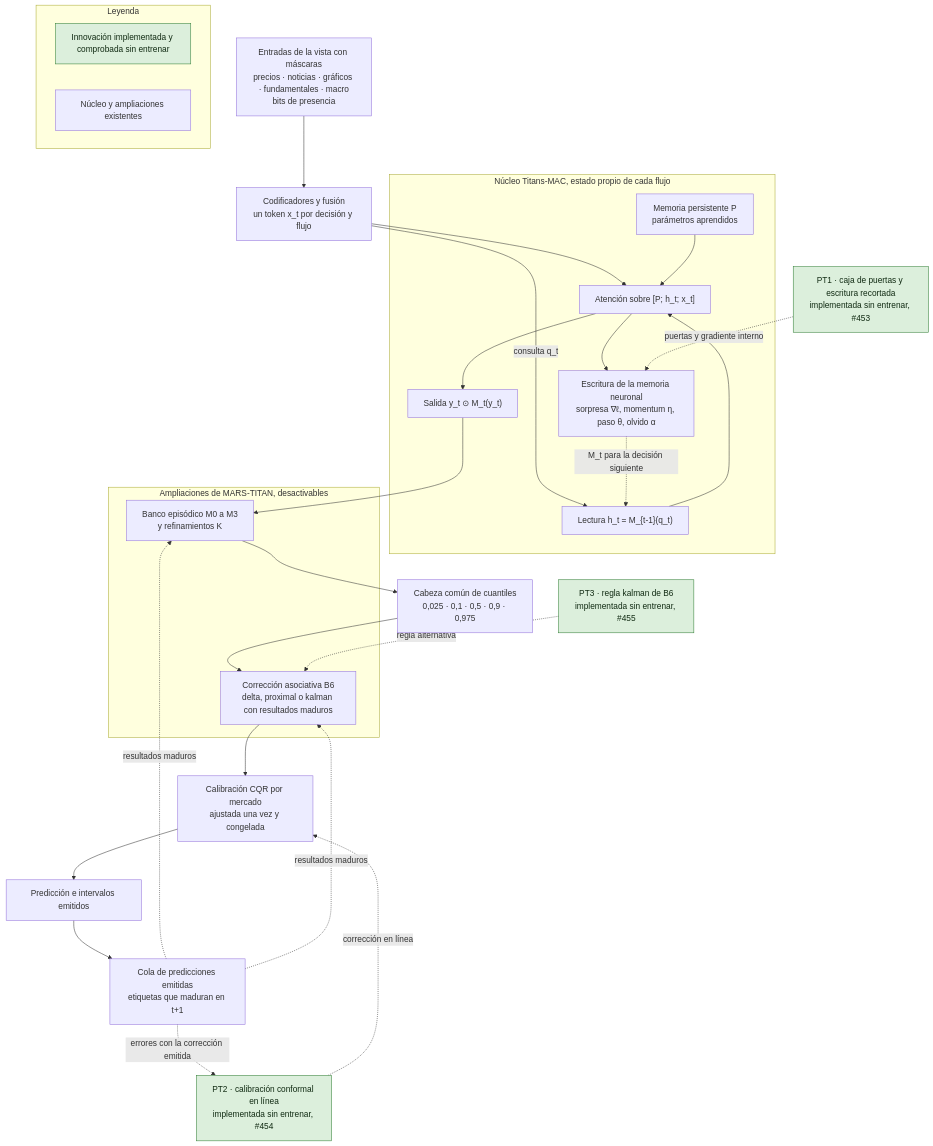
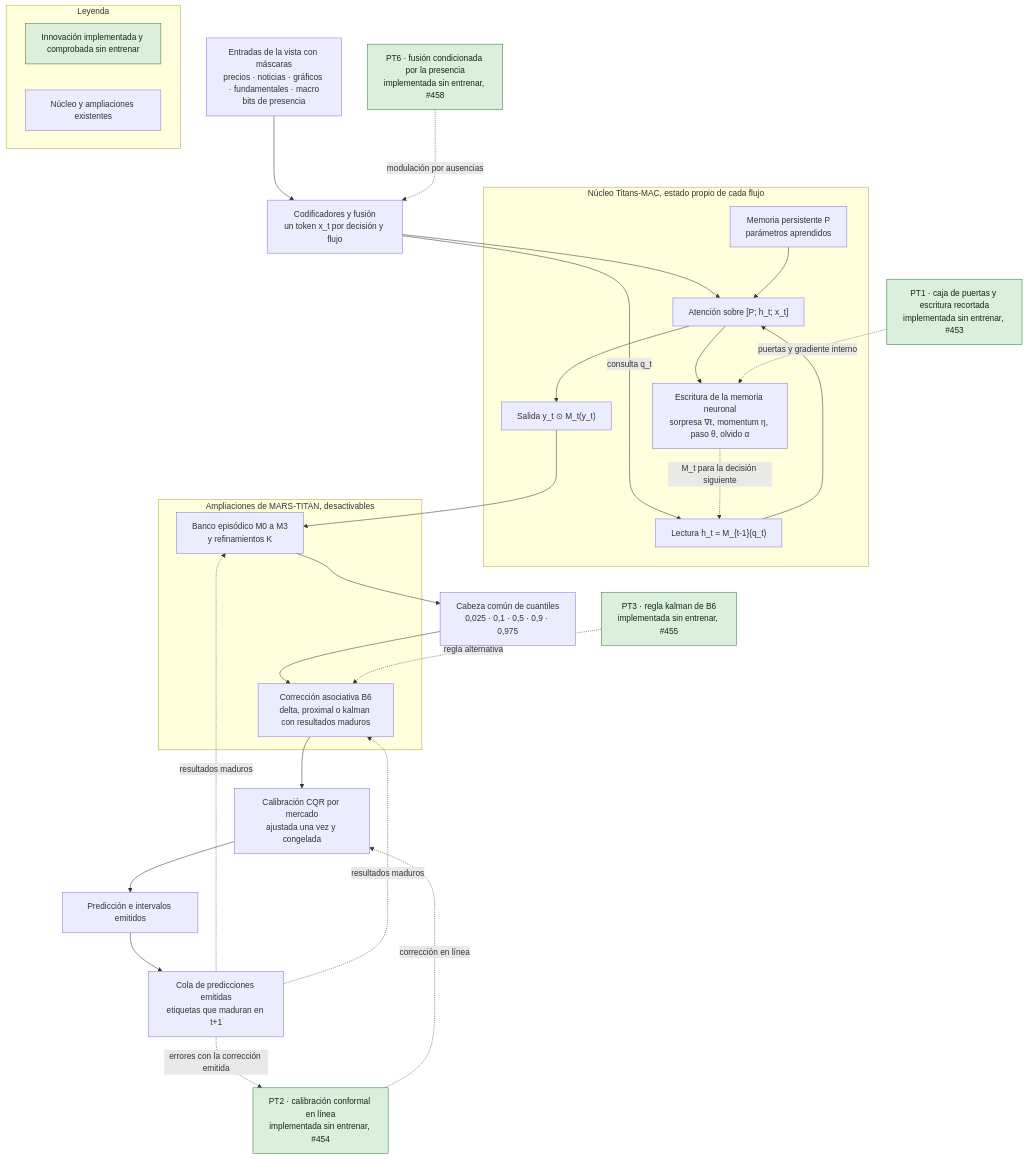
Before and after one commit to GonxKZ/mars-titan: the diagram in docs/research/titans-mac-architecture.md, drawn with Mermaid. The commit also changed other lines of this file and 2 other files, not shown here.

````diff
--- a/docs/research/titans-mac-architecture.md
+++ b/docs/research/titans-mac-architecture.md
@@ -267,54 +267,56 @@
 ```mermaid
 flowchart TD
     IN["Entradas de la vista con máscaras<br/>precios · noticias · gráficos · fundamentales · macro<br/>bits de presencia"]
     ENC["Codificadores y fusión<br/>un token x_t por decisión y flujo"]
 
     subgraph MAC["Núcleo Titans-MAC, estado propio de cada flujo"]
         P["Memoria persistente P<br/>parámetros aprendidos"]
         RD["Lectura h_t = M_{t-1}(q_t)"]
         ATT["Atención sobre [P; h_t; x_t]"]
         WR["Escritura de la memoria neuronal<br/>sorpresa ∇ℓ, momentum η, paso θ, olvido α"]
         OG["Salida y_t ⊙ M_t(y_t)"]
     end
 
     PT1["PT1 · caja de puertas y escritura recortada<br/>implementada sin entrenar, #453"]:::comprobado
+    PT6["PT6 · fusión condicionada por la presencia<br/>implementada sin entrenar, #458"]:::comprobado
 
     subgraph EXT["Ampliaciones de MARS-TITAN, desactivables"]
         BANK["Banco episódico M0 a M3<br/>y refinamientos K"]
         B6["Corrección asociativa B6<br/>delta, proximal o kalman con resultados maduros"]
     end
 
     HEAD["Cabeza común de cuantiles<br/>0,025 · 0,1 · 0,5 · 0,9 · 0,975"]
 
     PT3["PT3 · regla kalman de B6<br/>implementada sin entrenar, #455"]:::comprobado
 
     CAL["Calibración CQR por mercado<br/>ajustada una vez y congelada"]
 
     PT2["PT2 · calibración conformal en línea<br/>implementada sin entrenar, #454"]:::comprobado
 
     OUT["Predicción e intervalos emitidos"]
     Q["Cola de predicciones emitidas<br/>etiquetas que maduran en t+1"]
 
     IN --> ENC --> ATT
     ENC -- consulta q_t --> RD
     P --> ATT
     RD --> ATT
     ATT --> WR
     ATT --> OG
     WR -. M_t para la decisión siguiente .-> RD
     OG --> BANK --> HEAD --> B6 --> CAL --> OUT
     OUT --> Q
     Q -. resultados maduros .-> BANK
     Q -. resultados maduros .-> B6
     Q -. errores con la corrección emitida .-> PT2
     PT1 -. puertas y gradiente interno .-> WR
     PT3 -. regla alternativa .-> B6
     PT2 -. corrección en línea .-> CAL
+    PT6 -. modulación por ausencias .-> ENC
 
     subgraph LEY["Leyenda"]
         L1["Innovación implementada y comprobada sin entrenar"]:::comprobado
         L2["Núcleo y ampliaciones existentes"]
     end
 
     classDef comprobado fill:#dcefdc,stroke:#2e7d32,color:#102a12
 ```
````
